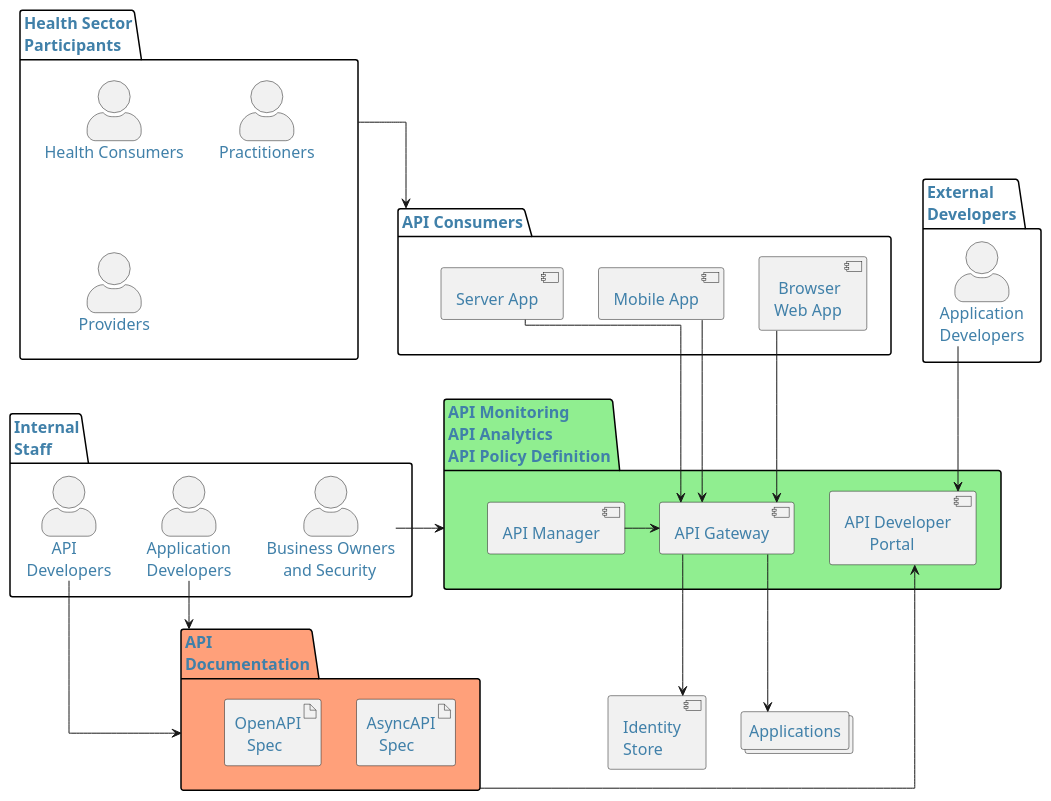
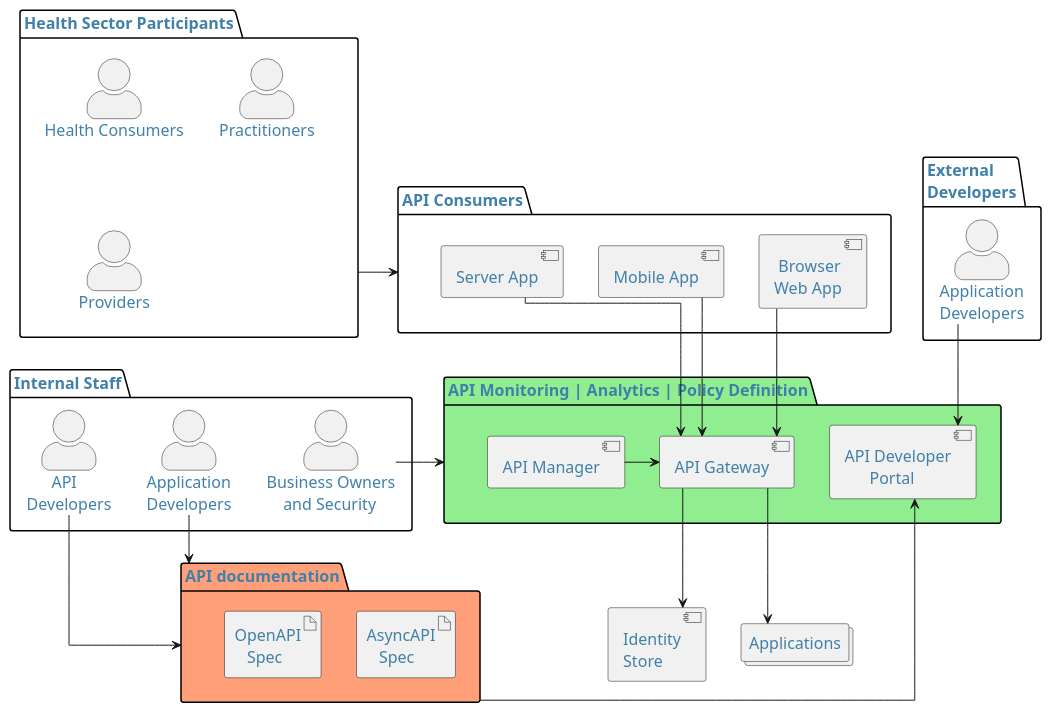
One commit to tewhatuora/api-standards changed the first of 2 diagrams in docs/api-security/02-SecurityReferenceArchitecture.md. Above: the diagram before and after it, drawn with PlantUML. The commit also changed other lines of this file and 3 other files, not shown here.

````diff
--- a/docs/api-security/02-SecurityReferenceArchitecture.md
+++ b/docs/api-security/02-SecurityReferenceArchitecture.md
@@ -27,63 +27,63 @@
 ```plantuml
 @startuml
 skinparam {
     defaultFontColor #4080a9
     defaultBackgroundColor #d7f8ff
     defaultComponentColour #61d9de
     defaultActorColour #61d9de
     defaultFontSize 16
     defaultArrowThickness 6
     actorStyle awesome
     linetype ortho
 }
 skinparam defaultTextAlignment centre
 allowmixing
 
-package "Health Sector\lParticipants" as HSP {
+package "Health Sector Participants" as HSP {
     actor "Health Consumers" as HC
     actor Practitioners
     actor Providers
 }
 
 package "API Consumers" as Devices {
     component " Browser\nWeb App" as B
     component "Mobile App" as MA
     component "Server App" as SA
 }
 
-package "API Monitoring\lAPI Analytics\lAPI Policy Definition" as AAPD #LightGreen {
+package "API Monitoring | Analytics | Policy Definition" as AAPD #LightGreen {
     component "API Developer\n      Portal" as ADP
     component "API Manager" as AM
     component "API Gateway" as AG
 }
-package "API\lDocumentation" as APID #LightSalmon {
+package "API documentation" as APID #LightSalmon {
     artifact "AsyncAPI\n   Spec"
     artifact "OpenAPI\n   Spec"
 }
-package "Internal\lStaff" {
+package "Internal Staff" {
     actor "Application\nDevelopers" as IAppD
     actor "      API\nDevelopers" as IAD
     actor "Business Owners\n    and Security" as IBOS
 
 }
 package "External\lDevelopers" {
     actor "Application\nDevelopers" as EAD
 }
 component "Identity\nStore" as IS
 collections "Applications"
 
 B -down-> AG
 MA --> AG
 SA --> AG
 AG --> Applications
 IAppD --> APID
 IAD --> APID
 IBOS -right-> AAPD
 HSP --> Devices
 AG --> IS
 AM -right-> AG
 EAD --> ADP
 APID -up-> ADP
 
 @enduml
 ```
````
